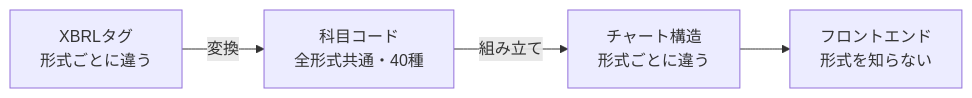
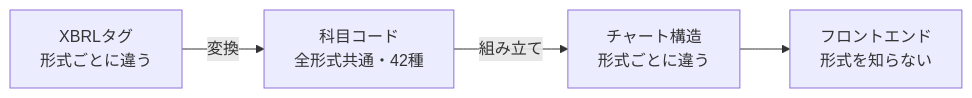
One commit to shin4488/financial-statement changed the third of 8 diagrams in docs/guide/03_system_overview.md. Above: the diagram before and after it, drawn with Mermaid. The commit also changed other lines of this file and 7 other files, not shown here.

````diff
--- a/docs/guide/03_system_overview.md
+++ b/docs/guide/03_system_overview.md
@@ -124,6 +124,6 @@
 ```mermaid
 flowchart LR
-    X["XBRLタグ<br>形式ごとに違う"] -->|変換| C["科目コード<br>全形式共通・40種"]
+    X["XBRLタグ<br>形式ごとに違う"] -->|変換| C["科目コード<br>全形式共通・42種"]
     C -->|組み立て| Chart["チャート構造<br>形式ごとに違う"]
     Chart --> F["フロントエンド<br>形式を知らない"]
 ```
````
